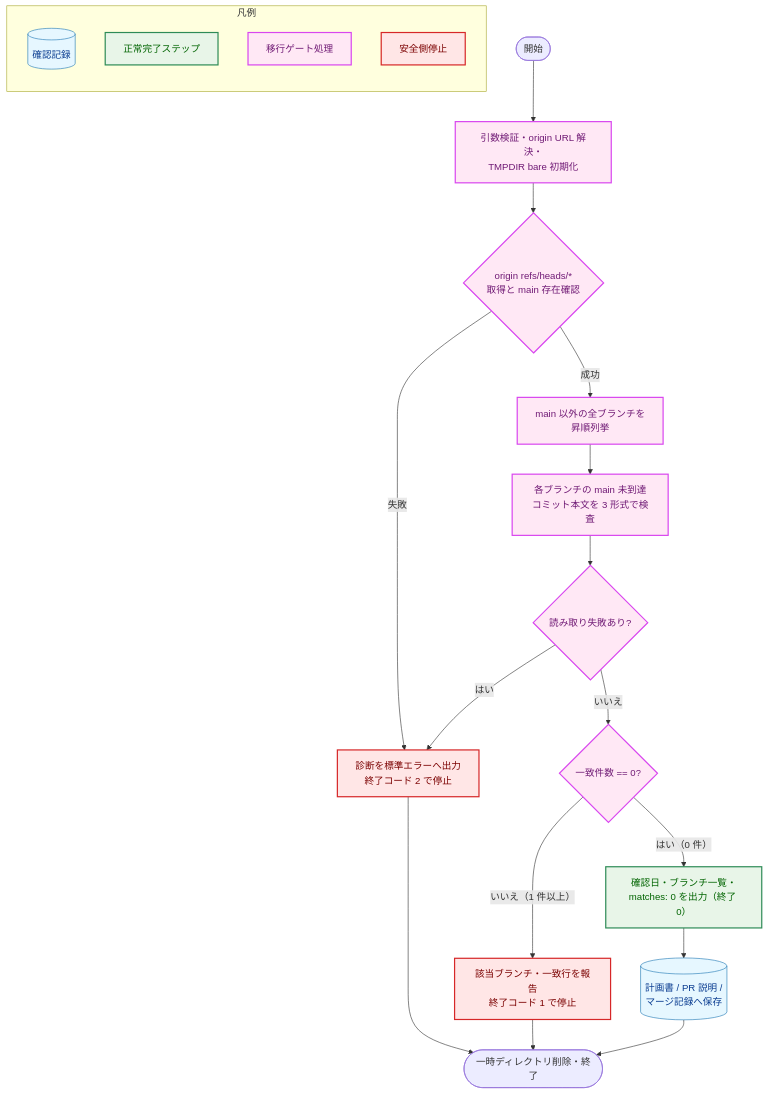
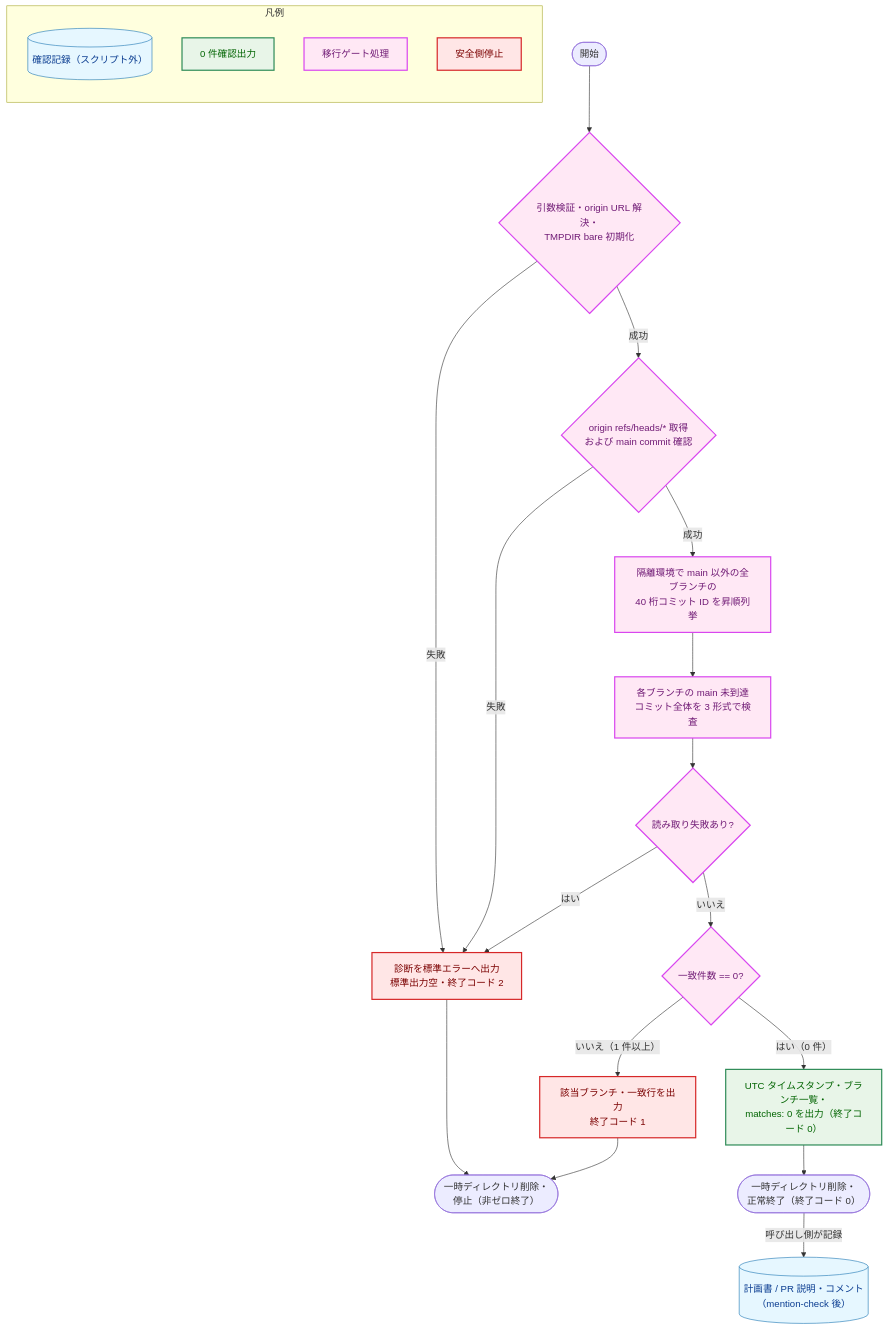
Before and after one commit to isseis/yt2column: the sixth of 7 diagrams in docs/tasks/0121_retire_legacy_review_records/02_architecture.md, drawn with Mermaid. The commit also changed other lines of this file, not shown here.

Commit message:
docs(0121): refine architecture from panel review and prose pass

````diff
--- a/docs/tasks/0121_retire_legacy_review_records/02_architecture.md
+++ b/docs/tasks/0121_retire_legacy_review_records/02_architecture.md
@@ -439,31 +450,31 @@
 ```mermaid
 flowchart TD
     classDef data fill:#e6f7ff,stroke:#1f77b4,stroke-width:1px,color:#0b3d91;
-    classDef process fill:#fff1e6,stroke:#ff7f0e,stroke-width:1px,color:#8a3e00;
     classDef enhanced fill:#e8f5e8,stroke:#2e8b57,stroke-width:2px,color:#006400;
     classDef newpkg fill:#ffe8f5,stroke:#d946ef,stroke-width:2px,color:#701a75;
     classDef problem fill:#ffe6e6,stroke:#d62728,stroke-width:2px,color:#7b0000;
 
-    startNode(["開始"]) --> initTmp["引数検証・origin URL 解決・<br>TMPDIR bare 初期化"]:::newpkg
-    initTmp --> fetchStep{"origin refs/heads/*<br>取得と main 存在確認"}:::newpkg
-    fetchStep -->|"失敗"| errStop["診断を標準エラーへ出力<br>終了コード 2 で停止"]:::problem
-    fetchStep -->|"成功"| enumBranches["main 以外の全ブランチを<br>昇順列挙"]:::newpkg
-    enumBranches --> scanCommits["各ブランチの main 未到達<br>コミット本文を 3 形式で検査"]:::newpkg
+    startNode(["開始"]) --> initTmp{"引数検証・origin URL 解決・<br>TMPDIR bare 初期化"}:::newpkg
+    initTmp -->|"失敗"| errStop["診断を標準エラーへ出力<br>標準出力空・終了コード 2"]:::problem
+    initTmp -->|"成功"| fetchStep{"origin refs/heads/* 取得<br>および main commit 確認"}:::newpkg
+    fetchStep -->|"失敗"| errStop
+    fetchStep -->|"成功"| enumBranches["隔離環境で main 以外の全ブランチの<br>40 桁コミット ID を昇順列挙"]:::newpkg
+    enumBranches --> scanCommits["各ブランチの main 未到達<br>コミット全体を 3 形式で検査"]:::newpkg
     scanCommits --> readCheck{"読み取り失敗あり?"}:::newpkg
     readCheck -->|"はい"| errStop
     readCheck -->|"いいえ"| hitCheck{"一致件数 == 0?"}:::newpkg
-    hitCheck -->|"いいえ（1 件以上）"| hitStop["該当ブランチ・一致行を報告<br>終了コード 1 で停止"]:::problem
-    hitCheck -->|"はい（0 件）"| okOut["確認日・ブランチ一覧・<br>matches: 0 を出力（終了 0）"]:::enhanced
-    okOut --> recordDoc[("計画書 / PR 説明 /<br>マージ記録へ保存")]:::data
-    errStop --> cleanupNode(["一時ディレクトリ削除・終了"])
-    hitStop --> cleanupNode
-    recordDoc --> cleanupNode
+    hitCheck -->|"いいえ（1 件以上）"| hitStop["該当ブランチ・一致行を出力<br>終了コード 1"]:::problem
+    hitCheck -->|"はい（0 件）"| okOut["UTC タイムスタンプ・ブランチ一覧・<br>matches: 0 を出力（終了コード 0）"]:::enhanced
+    errStop --> cleanupFail(["一時ディレクトリ削除・<br>停止（非ゼロ終了）"])
+    hitStop --> cleanupFail
+    okOut --> cleanupOk(["一時ディレクトリ削除・<br>正常終了（終了コード 0）"])
+    cleanupOk -->|"呼び出し側が記録"| recordDoc[("計画書 / PR 説明・コメント<br>（mention-check 後）")]:::data
 
     subgraph legend["凡例"]
         direction TB
-        l1[("確認記録")]:::data
-        l2["正常完了ステップ"]:::enhanced
+        l1[("確認記録（スクリプト外）")]:::data
+        l2["0 件確認出力"]:::enhanced
         l3["移行ゲート処理"]:::newpkg
         l4["安全側停止"]:::problem
     end
 ```
````
